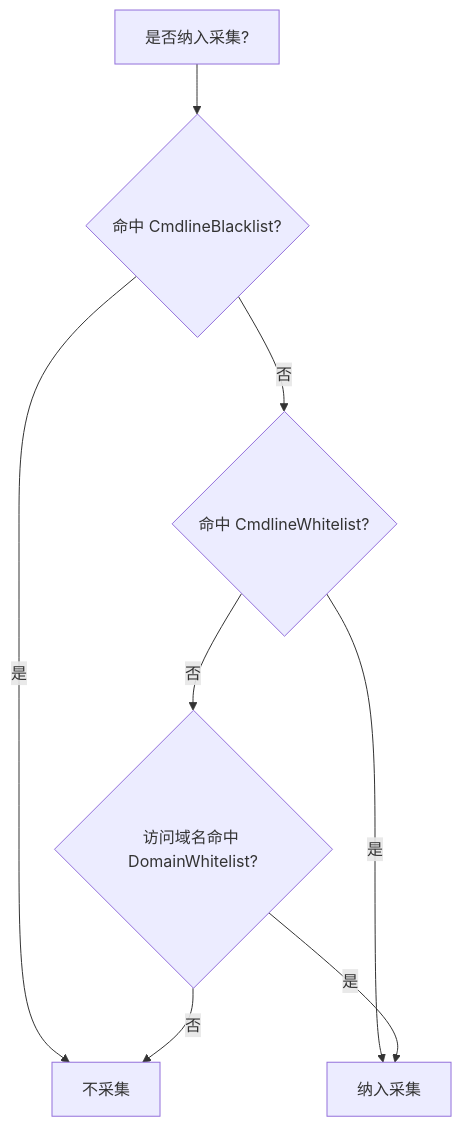
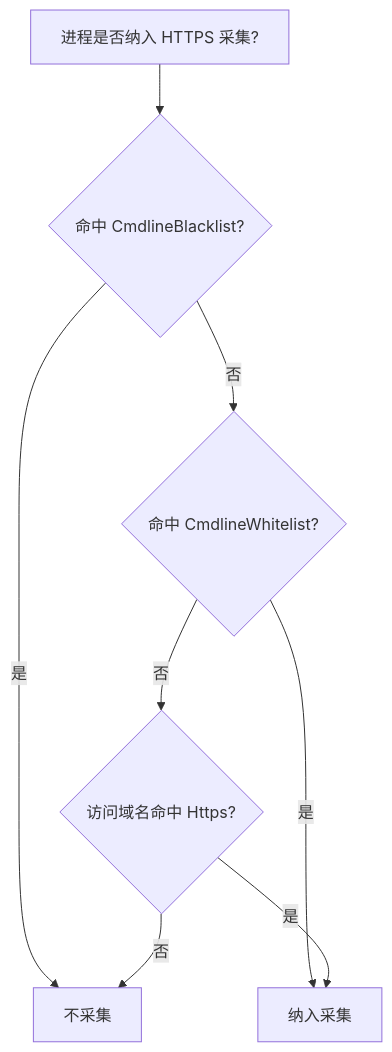
Before and after one commit to alibaba/loongcollector: the first of 2 diagrams in docs/cn/plugins/input/native/input_agentsight.md, drawn with Mermaid. The commit also changed other lines of this file and 8 other files, not shown here.

````diff
--- a/docs/cn/plugins/input/native/input_agentsight.md
+++ b/docs/cn/plugins/input/native/input_agentsight.md
@@ -59,10 +67,10 @@
 ```mermaid
 graph TD
-    A["是否纳入采集?"] --> B{"命中 CmdlineBlacklist?"}
+    A["进程是否纳入 HTTPS 采集?"] --> B{"命中 CmdlineBlacklist?"}
     B -->|是| N["不采集"]
     B -->|否| C{"命中 CmdlineWhitelist?"}
     C -->|是| Y["纳入采集"]
-    C -->|否| D{"访问域名命中 DomainWhitelist?"}
+    C -->|否| D{"访问域名命中 Https?"}
     D -->|是| Y
     D -->|否| N
 ```
````
